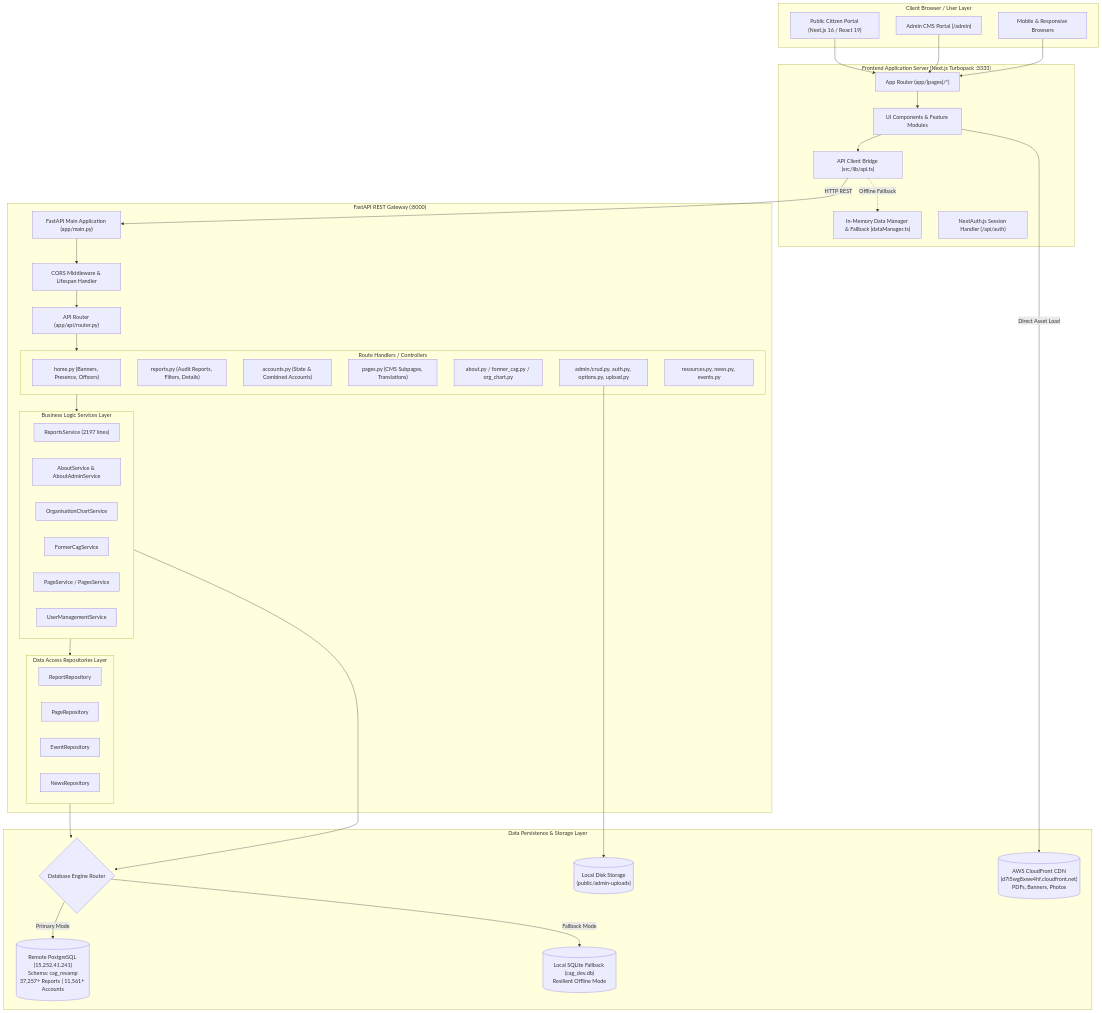
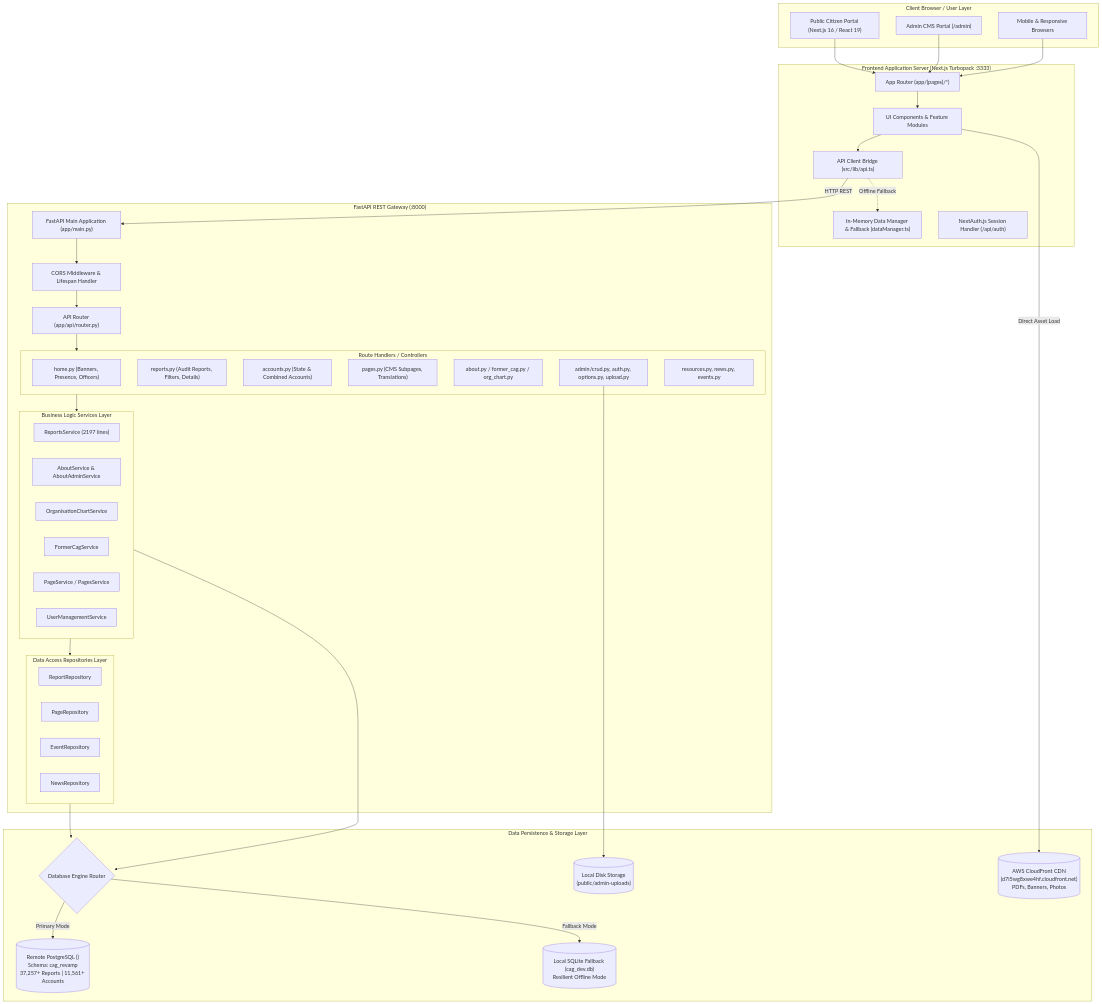
Before and after one commit to dharshan-s-tech/dharshan_new_techstack: the diagram in COMPLETE_CODEBASE_ANALYSIS_AND_ARCHITECTURE.md, drawn with Mermaid. The commit also changed other lines of this file and 22 other files, not shown here.

Commit message:
feat(about-us): complete About Us 9 subpages CRUD, remove hardcoded DB credentials, bind PostgreSQL, and add visual live editing

````diff
--- a/COMPLETE_CODEBASE_ANALYSIS_AND_ARCHITECTURE.md
+++ b/COMPLETE_CODEBASE_ANALYSIS_AND_ARCHITECTURE.md
@@ -79,78 +79,78 @@
 ```mermaid
 flowchart TB
     subgraph ClientLayer ["Client Browser / User Layer"]
         Public_Web["Public Citizen Portal (Next.js 16 / React 19)"]
         Admin_CMS["Admin CMS Portal (/admin)"]
         Mobile_Client["Mobile & Responsive Browsers"]
     end
 
     subgraph FrontendApp ["Frontend Application Server (Next.js Turbopack :3333)"]
         Router_App["App Router (app/(pages)/*)"]
         Comp_UI["UI Components & Feature Modules"]
         API_Bridge["API Client Bridge (src/lib/api.ts)"]
         Data_Manager["In-Memory Data Manager & Fallback (dataManager.ts)"]
         Auth_Next["NextAuth.js Session Handler (/api/auth)"]
     end
 
     subgraph BackendAPI ["FastAPI REST Gateway (:8000)"]
         FastAPI_App["FastAPI Main Application (app/main.py)"]
         CORS_MW["CORS Middleware & Lifespan Handler"]
         Router_V1["API Router (app/api/router.py)"]
         
         subgraph Controllers ["Route Handlers / Controllers"]
             Ctrl_Home["home.py (Banners, Presence, Officers)"]
             Ctrl_Reports["reports.py (Audit Reports, Filters, Details)"]
             Ctrl_Accounts["accounts.py (State & Combined Accounts)"]
             Ctrl_Pages["pages.py (CMS Subpages, Translations)"]
             Ctrl_About["about.py / former_cag.py / org_chart.py"]
             Ctrl_Admin["admin/crud.py, auth.py, options.py, upload.py"]
             Ctrl_Resources["resources.py, news.py, events.py"]
         end
 
         subgraph ServicesLayer ["Business Logic Services Layer"]
             Svc_Reports["ReportsService (2197 lines)"]
             Svc_About["AboutService & AboutAdminService"]
             Svc_Org["OrganisationChartService"]
             Svc_FormerCAG["FormerCagService"]
             Svc_Pages["PageService / PagesService"]
             Svc_User["UserManagementService"]
         end
 
         subgraph RepoLayer ["Data Access Repositories Layer"]
             Repo_Report["ReportRepository"]
             Repo_Page["PageRepository"]
             Repo_Event["EventRepository"]
             Repo_News["NewsRepository"]
         end
     end
 
     subgraph StorageLayer ["Data Persistence & Storage Layer"]
         DB_Router{"Database Engine Router"}
-        DB_Postgres[("Remote PostgreSQL (15.252.41.241)\nSchema: cag_revamp\n37,257+ Reports | 11,561+ Accounts")]
+        DB_Postgres[("Remote PostgreSQL (<DB_HOST>)\nSchema: cag_revamp\n37,257+ Reports | 11,561+ Accounts")]
         DB_SQLite[("Local SQLite Fallback (cag_dev.db)\nResilient Offline Mode")]
         CDN_Storage[("AWS CloudFront CDN\n(d7i5wg8xwe4hf.cloudfront.net)\nPDFs, Banners, Photos")]
         Disk_Uploads[("Local Disk Storage\n(public/admin-uploads)")]
     end
 
     Public_Web --> Router_App
     Admin_CMS --> Router_App
     Mobile_Client --> Router_App
 
     Router_App --> Comp_UI
     Comp_UI --> API_Bridge
     API_Bridge -->|HTTP REST| FastAPI_App
     API_Bridge -.->|Offline Fallback| Data_Manager
 
     FastAPI_App --> CORS_MW
     CORS_MW --> Router_V1
     Router_V1 --> Controllers
     Controllers --> ServicesLayer
     ServicesLayer --> RepoLayer
     RepoLayer --> DB_Router
     ServicesLayer --> DB_Router
 
     DB_Router -->|Primary Mode| DB_Postgres
     DB_Router -->|Fallback Mode| DB_SQLite
     Comp_UI -->|Direct Asset Load| CDN_Storage
     Ctrl_Admin --> Disk_Uploads
 ```
````
